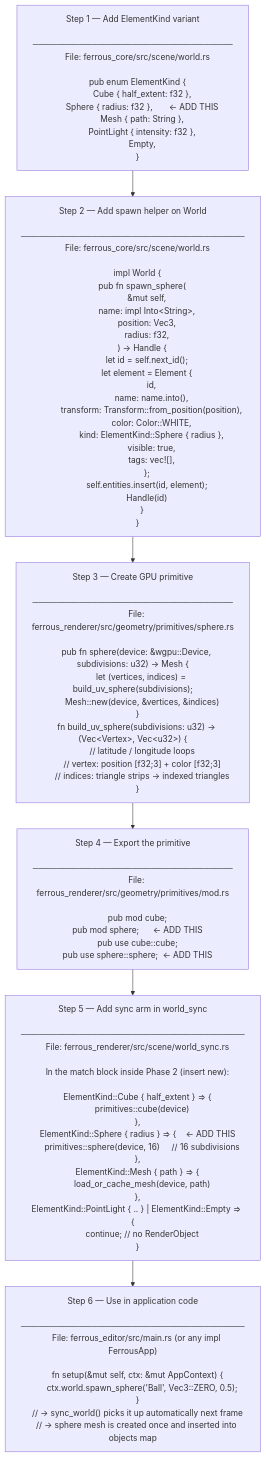
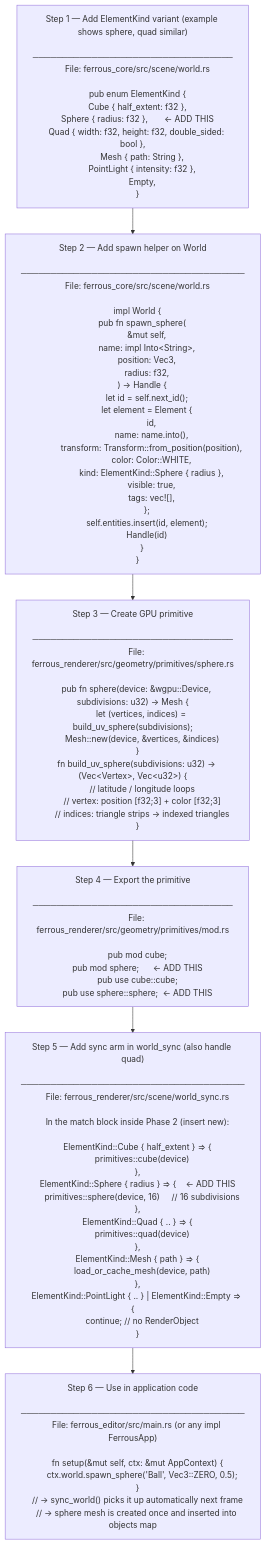
Before and after one commit to jvchiappini/FerrousEngine: the second of 7 diagrams in flowmaps/adding-shapes.md, drawn with Mermaid. The commit also changed other lines of this file and 18 other files, not shown here.

Commit message:
feat: add support for Quad element in world rendering, including spawning and rendering logic

````diff
--- a/flowmaps/adding-shapes.md
+++ b/flowmaps/adding-shapes.md
@@ -24,12 +24,13 @@
 ```mermaid
 flowchart TD
-    S1["Step 1 — Add ElementKind variant
+    S1["Step 1 — Add ElementKind variant (example shows sphere, quad similar)
     ──────────────────────────────────
     File: ferrous_core/src/scene/world.rs
 
     pub enum ElementKind {
-        Cube { half_extent: f32 },
-        Sphere { radius: f32 },       ← ADD THIS
+    Cube { half_extent: f32 },
+    Sphere { radius: f32 },       ← ADD THIS
+    Quad { width: f32, height: f32, double_sided: bool },
         Mesh { path: String },
         PointLight { intensity: f32 },
         Empty,
@@ -85,7 +86,7 @@
     pub use cube::cube;
     pub use sphere::sphere;  ← ADD THIS"]
 
-    S5["Step 5 — Add sync arm in world_sync
+    S5["Step 5 — Add sync arm in world_sync (also handle quad)
     ──────────────────────────────────────
     File: ferrous_renderer/src/scene/world_sync.rs
 
@@ -96,6 +97,9 @@
     },
     ElementKind::Sphere { radius } => {    ← ADD THIS
         primitives::sphere(device, 16)     // 16 subdivisions
+    },
+    ElementKind::Quad { .. } => {
+        primitives::quad(device)
     },
     ElementKind::Mesh { path } => {
         load_or_cache_mesh(device, path)
````
